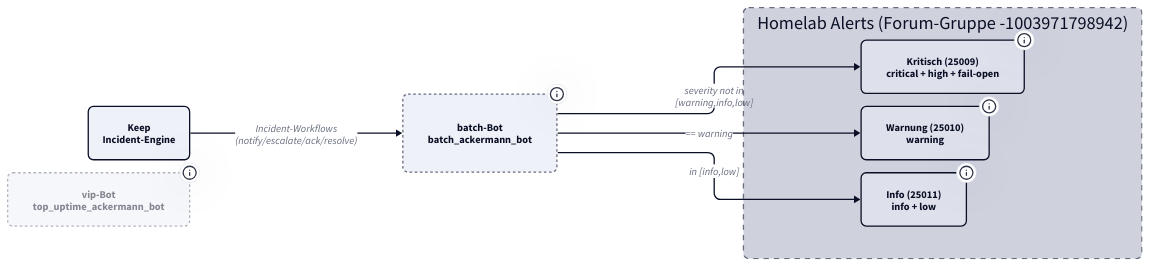
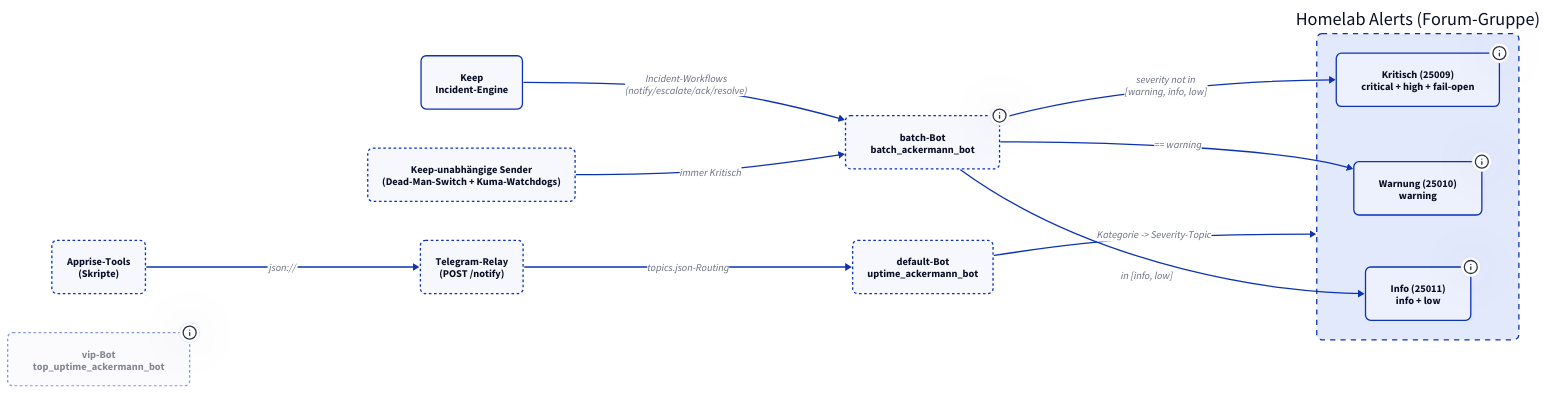
Before and after one commit to derever-labs/homelab-wiki: the diagram in docs/monitoring/telegram-bots.md, drawn with D2. The commit also changed other lines of this file and 8 other files, not shown here.

````diff
--- a/docs/monitoring/telegram-bots.md
+++ b/docs/monitoring/telegram-bots.md
@@ -19,42 +19,45 @@
 ```d2
 direction: right
-
-vars: {
-  d2-config: {
-    theme-id: 1
-    layout-engine: elk
-  }
-}
 
 classes: {
   svc: { style: { border-radius: 8 } }
   agent: { style: { border-radius: 8; stroke-dash: 2 } }
   container: { style: { border-radius: 8; stroke-dash: 4 } }
   sink: { style: { border-radius: 8 } }
   idle: { style: { border-radius: 8; stroke-dash: 2; opacity: 0.5 } }
 }
 
 keep: Keep\nIncident-Engine { class: svc }
+indep: "Keep-unabhängige Sender\n(Dead-Man-Switch + Kuma-Watchdogs)" { class: agent }
+apprise: "Apprise-Tools\n(Skripte)" { class: agent }
 
 batch: batch-Bot\nbatch_ackermann_bot {
   class: agent
-  tooltip: "Alleiniger Sender; Admin der Gruppe (can_manage_topics)"
+  tooltip: "Alleiniger Sender im Regelbetrieb; Admin der Gruppe (can_manage_topics)"
 }
 
 vip: vip-Bot\ntop_uptime_ackermann_bot {
   class: idle
-  tooltip: "Seit 2026-06-09 IDLE -- kein Workflow/Job sendet mehr"
+  tooltip: "Seit Cutover 2026-06-09 IDLE -- kein Workflow/Job sendet mehr"
 }
 
-forum: Homelab Alerts (Forum-Gruppe -1003971798942) {
+relay: "Telegram-Relay\n(POST /notify)" { class: agent }
+default: default-Bot\nuptime_ackermann_bot { class: agent }
+
+forum: Homelab Alerts (Forum-Gruppe) {
   class: container
-  krit: Kritisch (25009)\ncritical + high + fail-open { class: sink; tooltip: "Ack-Button, NIE muten" }
-  warn: Warnung (25010)\nwarning { class: sink; tooltip: "eigener Mute-Schalter" }
-  info: Info (25011)\ninfo + low { class: sink; tooltip: "default stumm-bar" }
+  krit: "Kritisch (25009)\ncritical + high + fail-open" { class: sink; tooltip: "Ack-Button, NIE muten" }
+  warn: "Warnung (25010)\nwarning" { class: sink; tooltip: "eigener Mute-Schalter" }
+  info: "Info (25011)\ninfo + low" { class: sink; tooltip: "default stumm-bar" }
 }
 
 keep -> batch: "Incident-Workflows\n(notify/escalate/ack/resolve)"
-batch -> forum.krit: "severity not in\n[warning,info,low]"
+indep -> batch: immer Kritisch
+batch -> forum.krit: "severity not in\n[warning, info, low]"
 batch -> forum.warn: "== warning"
-batch -> forum.info: "in [info,low]"
+batch -> forum.info: "in [info, low]"
+
+apprise -> relay: "json://"
+relay -> default: topics.json-Routing
+default -> forum: "Kategorie -> Severity-Topic"
 ```
````
